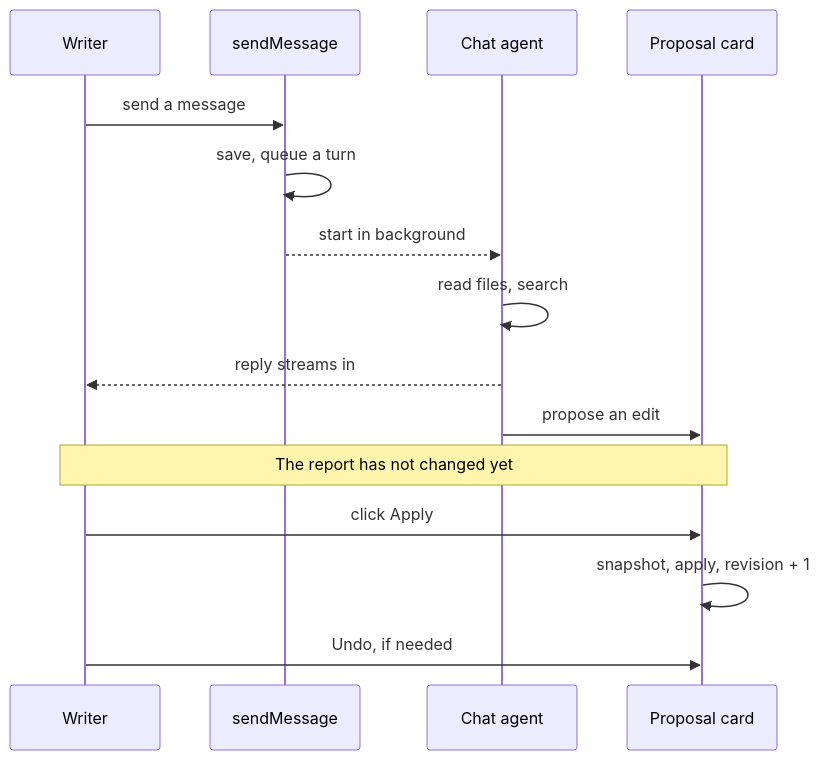
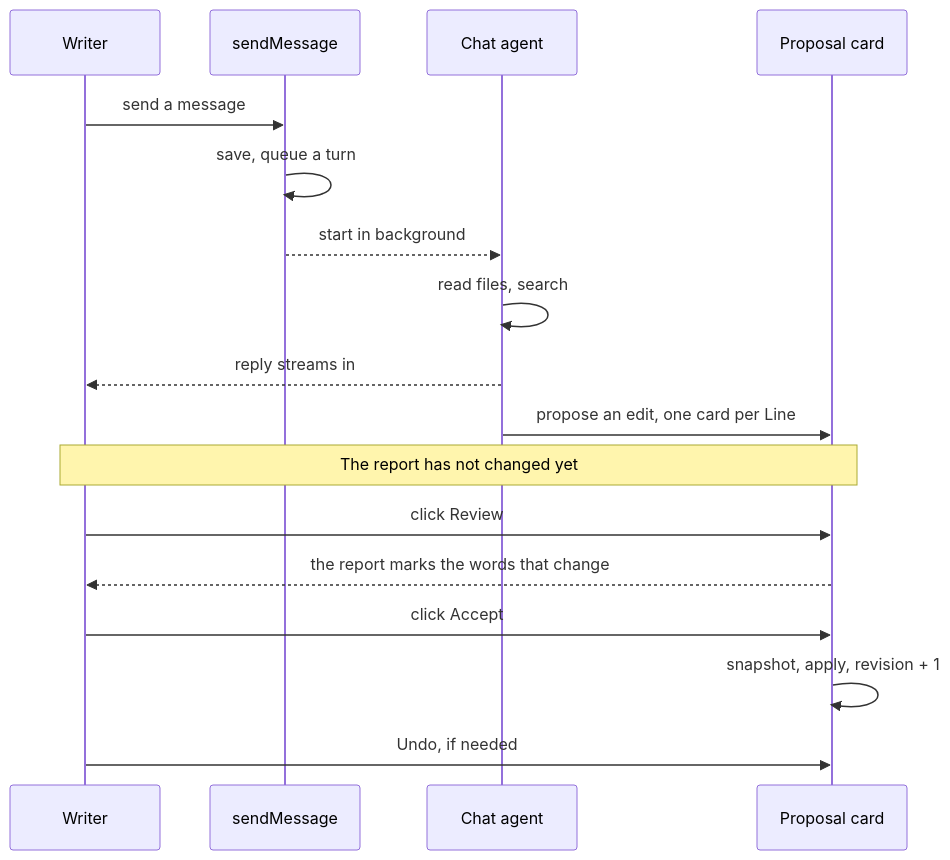
Before and after one commit to Choquer-agency/Banhall: the ninth of 12 diagrams in docs/architecture.md, drawn with Mermaid. The commit also changed other lines of this file and 4 other files, not shown here.

First line of the commit message:
Record the Assistant redesign in the product rules, architecture map, design system and changelog

````diff
--- a/docs/architecture.md
+++ b/docs/architecture.md
@@ -419,17 +419,19 @@
 ```mermaid
 sequenceDiagram
   participant W as Writer
   participant S as sendMessage
   participant A as Chat agent
   participant P as Proposal card
   W->>S: send a message
   S->>S: save, queue a turn
   S-->>A: start in background
   A->>A: read files, search
   A-->>W: reply streams in
-  A->>P: propose an edit
+  A->>P: propose an edit, one card per Line
   Note over W,P: The report has not changed yet
-  W->>P: click Apply
+  W->>P: click Review
+  P-->>W: the report marks the words that change
+  W->>P: click Accept
   P->>P: snapshot, apply, revision + 1
   W->>P: Undo, if needed
 ```
````
